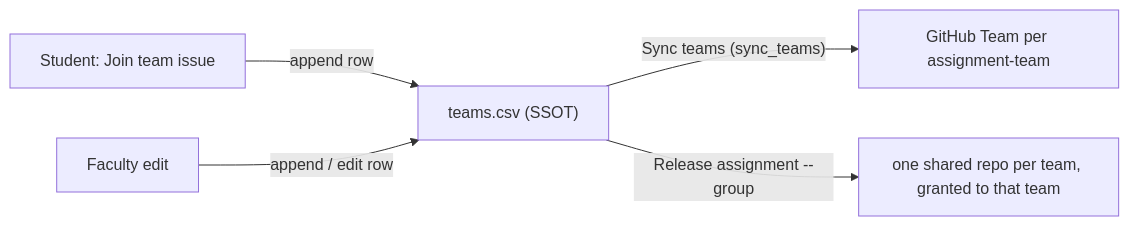
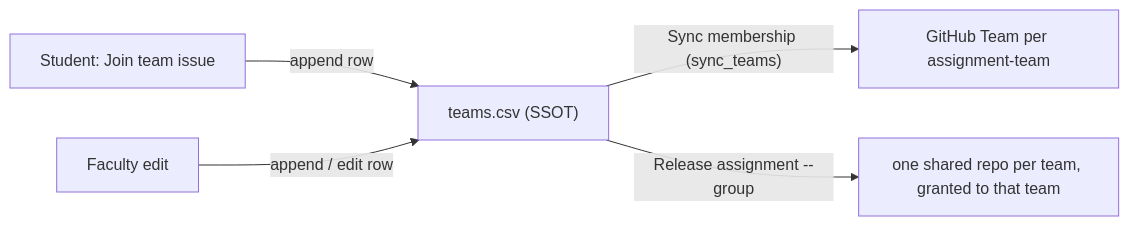
The eighth of 10 diagrams in docs/admin/architecture.md (hertie-data-science-lab/dsl-teaching-course-setup), drawn with Mermaid before and after one commit. The commit also changed other lines of this file and 48 other files, not shown here.

````diff
--- a/docs/admin/architecture.md
+++ b/docs/admin/architecture.md
@@ -191,7 +193,7 @@
 ```mermaid
 flowchart LR
   St["Student: Join team issue"] -->|"append row"| CSV["teams.csv (SSOT)"]
   Fac["Faculty edit"] -->|"append / edit row"| CSV
-  CSV -->|"Sync teams (sync_teams)"| GT["GitHub Team per assignment-team"]
+  CSV -->|"Sync membership (sync_teams)"| GT["GitHub Team per assignment-team"]
   CSV -->|"Release assignment --group"| RP["one shared repo per team, granted to that team"]
 ```
````
